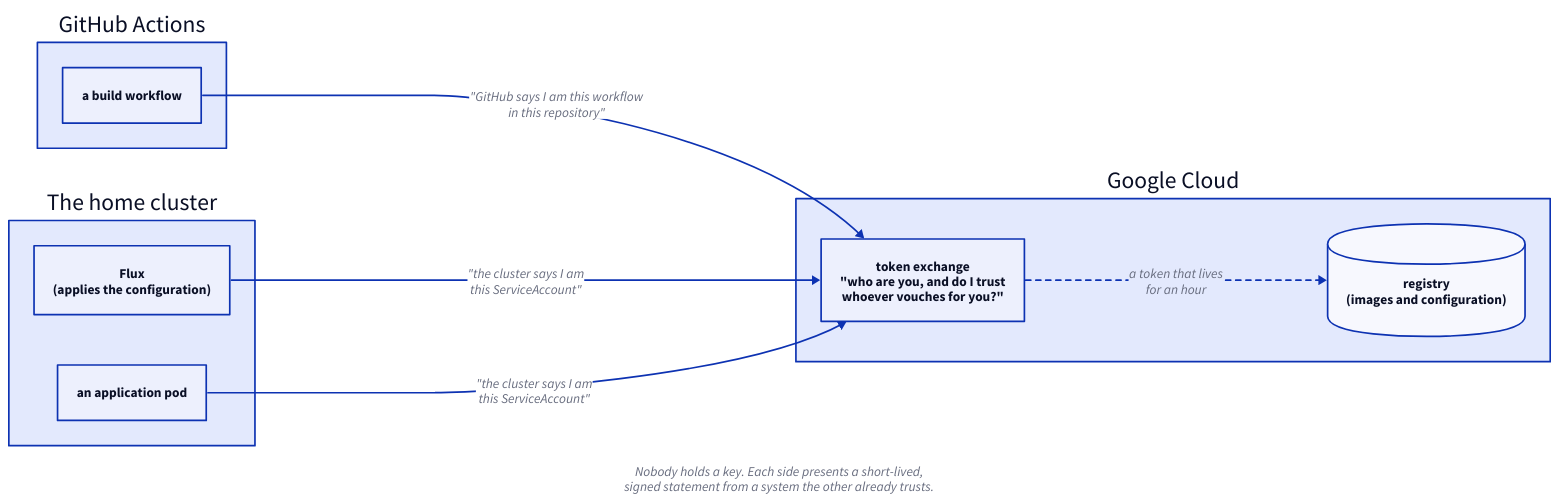
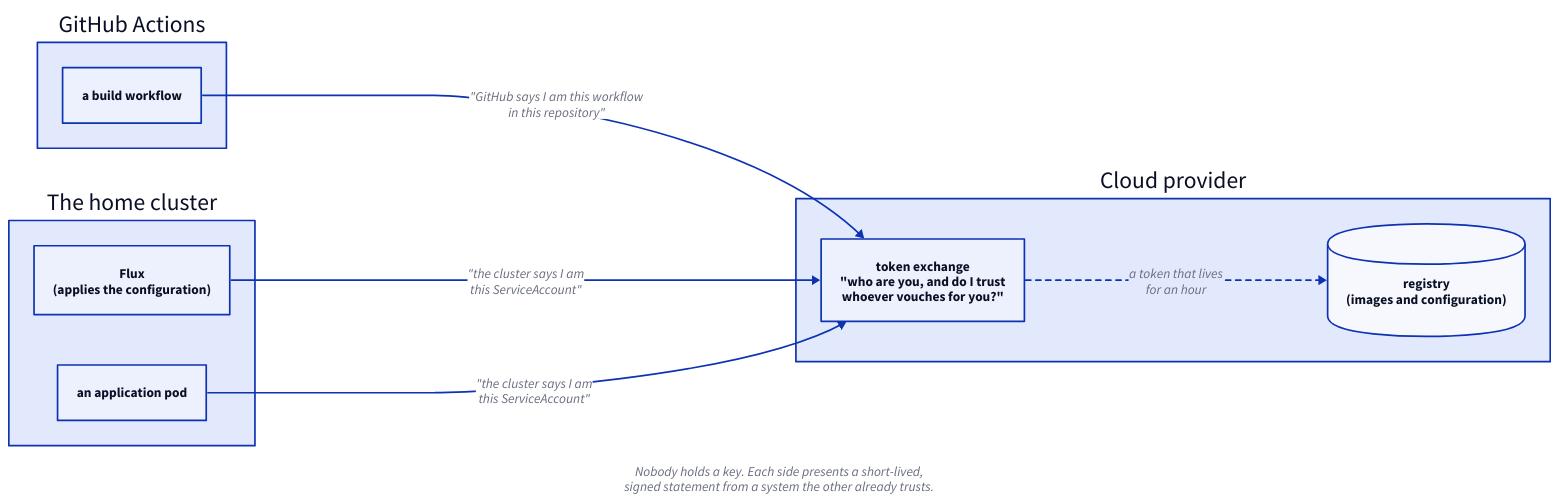
The diagram in src/diagrams/secret-free-overview.d2 (dlouwers/dlouwers.github.io), drawn with D2 before and after one commit. The commit also changed 6 other files, not shown here.

```diff
--- a/src/diagrams/secret-free-overview.d2
+++ b/src/diagrams/secret-free-overview.d2
@@ -1,30 +1,30 @@
 direction: right
 
 gh: "GitHub Actions" {
   ci: "a build workflow"
 }
 
 home: "The home cluster" {
   flux: "Flux\n(applies the configuration)"
   pod: "an application pod"
 }
 
-google: "Google Cloud" {
+google: "Cloud provider" {
   sts: "token exchange\n\"who are you, and do I trust\nwhoever vouches for you?\""
   reg: "registry\n(images and configuration)" {
     shape: cylinder
   }
 }
 
 gh.ci -> google.sts: "\"GitHub says I am this workflow\nin this repository\""
 home.flux -> google.sts: "\"the cluster says I am\nthis ServiceAccount\""
 home.pod -> google.sts: "\"the cluster says I am\nthis ServiceAccount\""
 google.sts -> google.reg: "a token that lives\nfor an hour" {
   style.stroke-dash: 3
 }
 
 note: "Nobody holds a key. Each side presents a short-lived,\nsigned statement from a system the other already trusts." {
   shape: text
   near: bottom-center
   style.italic: true
 }
```
